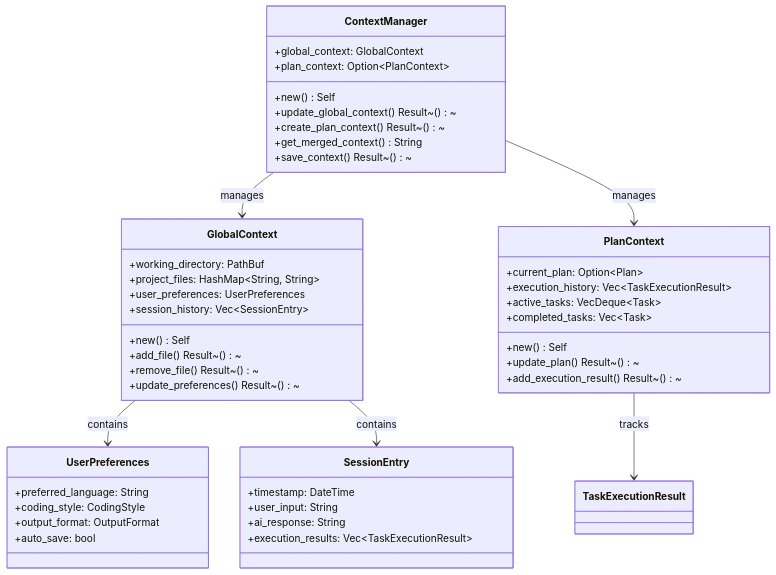
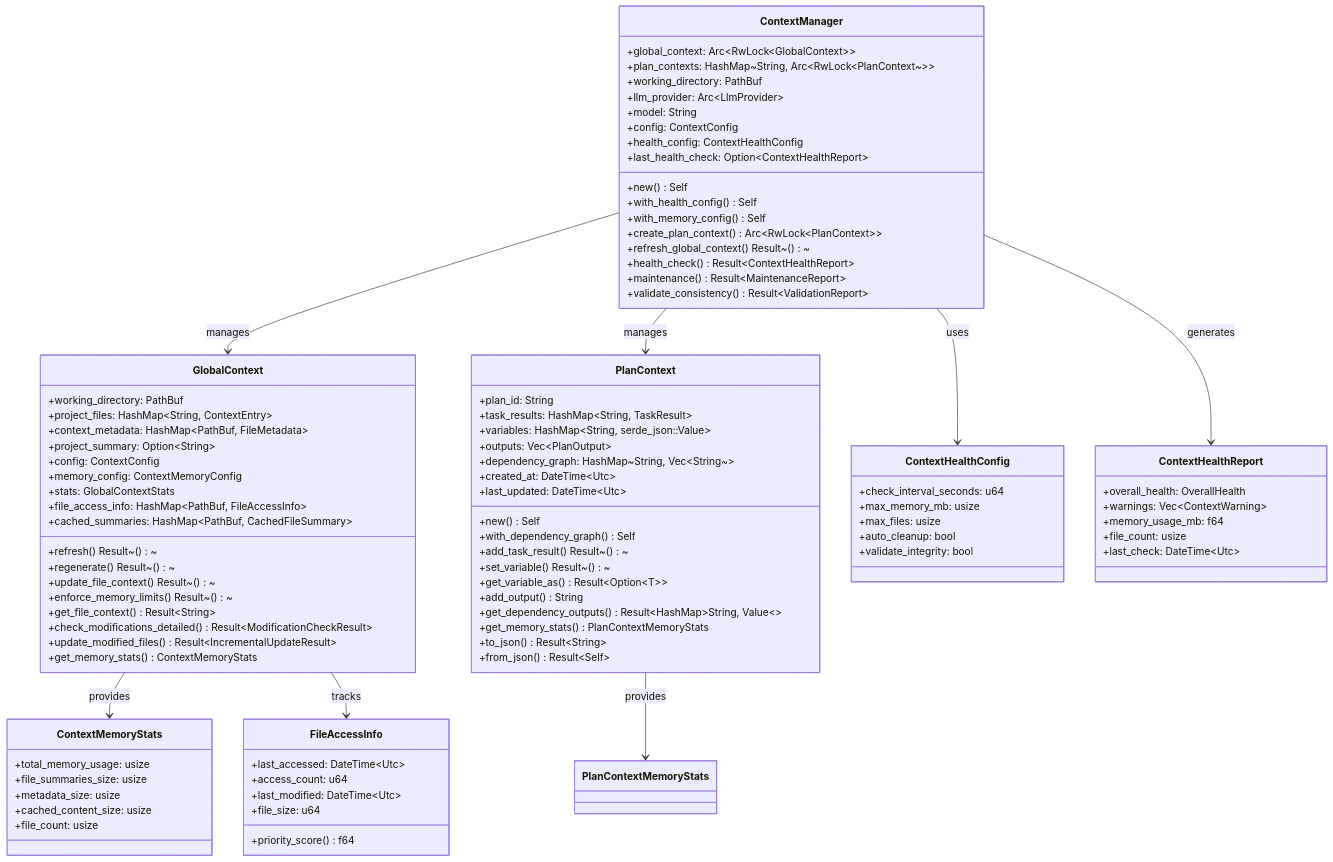
Before and after one commit to ReOpsIL/KAIX: the third of 11 diagrams in docs/component-relationships.md, drawn with Mermaid. The commit also changed other lines of this file and 12 other files, not shown here.

````diff
--- a/docs/component-relationships.md
+++ b/docs/component-relationships.md
@@ -144,53 +144,101 @@
 ```mermaid
 classDiagram
     class ContextManager {
-        +global_context: GlobalContext
-        +plan_context: Option~PlanContext~
+        +global_context: Arc~RwLock~GlobalContext~~
+        +plan_contexts: HashMap~String, Arc~RwLock~PlanContext~~~
+        +working_directory: PathBuf
+        +llm_provider: Arc~LlmProvider~
+        +model: String
+        +config: ContextConfig
+        +health_config: ContextHealthConfig
+        +last_health_check: Option~ContextHealthReport~
         +new() Self
-        +update_global_context() Result~()~
-        +create_plan_context() Result~()~
-        +get_merged_context() String
-        +save_context() Result~()~
+        +with_health_config() Self
+        +with_memory_config() Self
+        +create_plan_context() Arc~RwLock~PlanContext~~
+        +refresh_global_context() Result~()~
+        +health_check() Result~ContextHealthReport~
+        +maintenance() Result~MaintenanceReport~
+        +validate_consistency() Result~ValidationReport~
     }
     
     class GlobalContext {
         +working_directory: PathBuf
-        +project_files: HashMap~String, String~
-        +user_preferences: UserPreferences
-        +session_history: Vec~SessionEntry~
-        +new() Self
-        +add_file() Result~()~
-        +remove_file() Result~()~
-        +update_preferences() Result~()~
+        +project_files: HashMap~String, ContextEntry~
+        +context_metadata: HashMap~PathBuf, FileMetadata~
+        +project_summary: Option~String~
+        +config: ContextConfig
+        +memory_config: ContextMemoryConfig
+        +stats: GlobalContextStats
+        +file_access_info: HashMap~PathBuf, FileAccessInfo~
+        +cached_summaries: HashMap~PathBuf, CachedFileSummary~
+        +refresh() Result~()~
+        +regenerate() Result~()~
+        +update_file_context() Result~()~
+        +enforce_memory_limits() Result~()~
+        +get_file_context() Result~String~
+        +check_modifications_detailed() Result~ModificationCheckResult~
+        +update_modified_files() Result~IncrementalUpdateResult~
+        +get_memory_stats() ContextMemoryStats
     }
     
     class PlanContext {
-        +current_plan: Option~Plan~
-        +execution_history: Vec~TaskExecutionResult~
-        +active_tasks: VecDeque~Task~
-        +completed_tasks: Vec~Task~
+        +plan_id: String
+        +task_results: HashMap~String, TaskResult~
+        +variables: HashMap~String, serde_json::Value~
+        +outputs: Vec~PlanOutput~
+        +dependency_graph: HashMap~String, Vec~String~~
+        +created_at: DateTime~Utc~
+        +last_updated: DateTime~Utc~
         +new() Self
-        +update_plan() Result~()~
-        +add_execution_result() Result~()~
+        +with_dependency_graph() Self
+        +add_task_result() Result~()~
+        +set_variable() Result~()~
+        +get_variable_as() Result~Option~T~~
+        +add_output() String
+        +get_dependency_outputs() Result~HashMap~String, Value~~
+        +get_memory_stats() PlanContextMemoryStats
+        +to_json() Result~String~
+        +from_json() Result~Self~
     }
     
-    class UserPreferences {
-        +preferred_language: String
-        +coding_style: CodingStyle
-        +output_format: OutputFormat
-        +auto_save: bool
+    class ContextHealthConfig {
+        +check_interval_seconds: u64
+        +max_memory_mb: usize
+        +max_files: usize
+        +auto_cleanup: bool
+        +validate_integrity: bool
     }
     
-    class SessionEntry {
-        +timestamp: DateTime
-        +user_input: String
-        +ai_response: String
-        +execution_results: Vec~TaskExecutionResult~
+    class ContextHealthReport {
+        +overall_health: OverallHealth
+        +warnings: Vec~ContextWarning~
+        +memory_usage_mb: f64
+        +file_count: usize
+        +last_check: DateTime~Utc~
+    }
+    
+    class ContextMemoryStats {
+        +total_memory_usage: usize
+        +file_summaries_size: usize
+        +metadata_size: usize
+        +cached_content_size: usize
+        +file_count: usize
+    }
+    
+    class FileAccessInfo {
+        +last_accessed: DateTime~Utc~
+        +access_count: u64
+        +last_modified: DateTime~Utc~
+        +file_size: u64
+        +priority_score() f64
     }
     
     ContextManager --> GlobalContext : manages
     ContextManager --> PlanContext : manages
-    GlobalContext --> UserPreferences : contains
-    GlobalContext --> SessionEntry : contains
-    PlanContext --> TaskExecutionResult : tracks
+    ContextManager --> ContextHealthConfig : uses
+    ContextManager --> ContextHealthReport : generates
+    GlobalContext --> ContextMemoryStats : provides
+    GlobalContext --> FileAccessInfo : tracks
+    PlanContext --> PlanContextMemoryStats : provides
 ```
````
